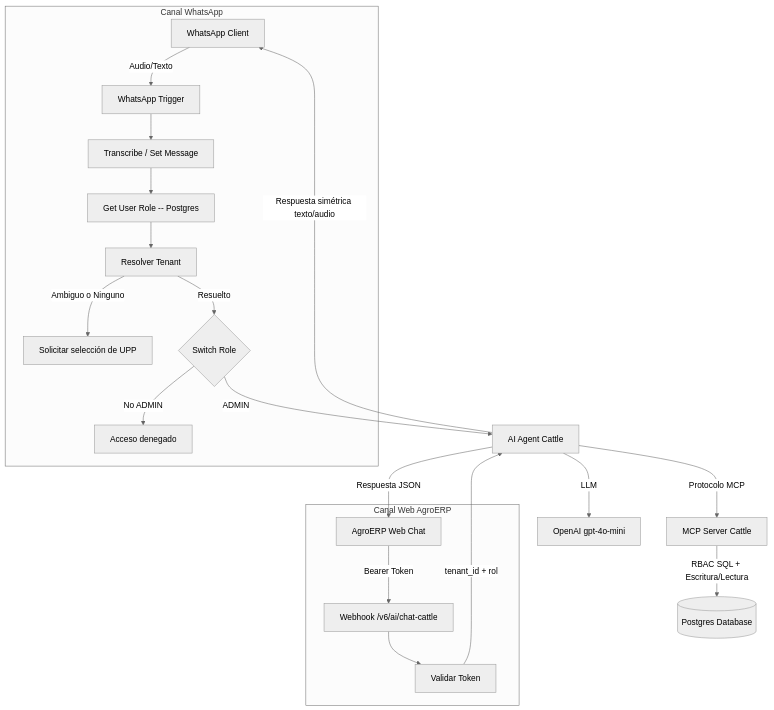
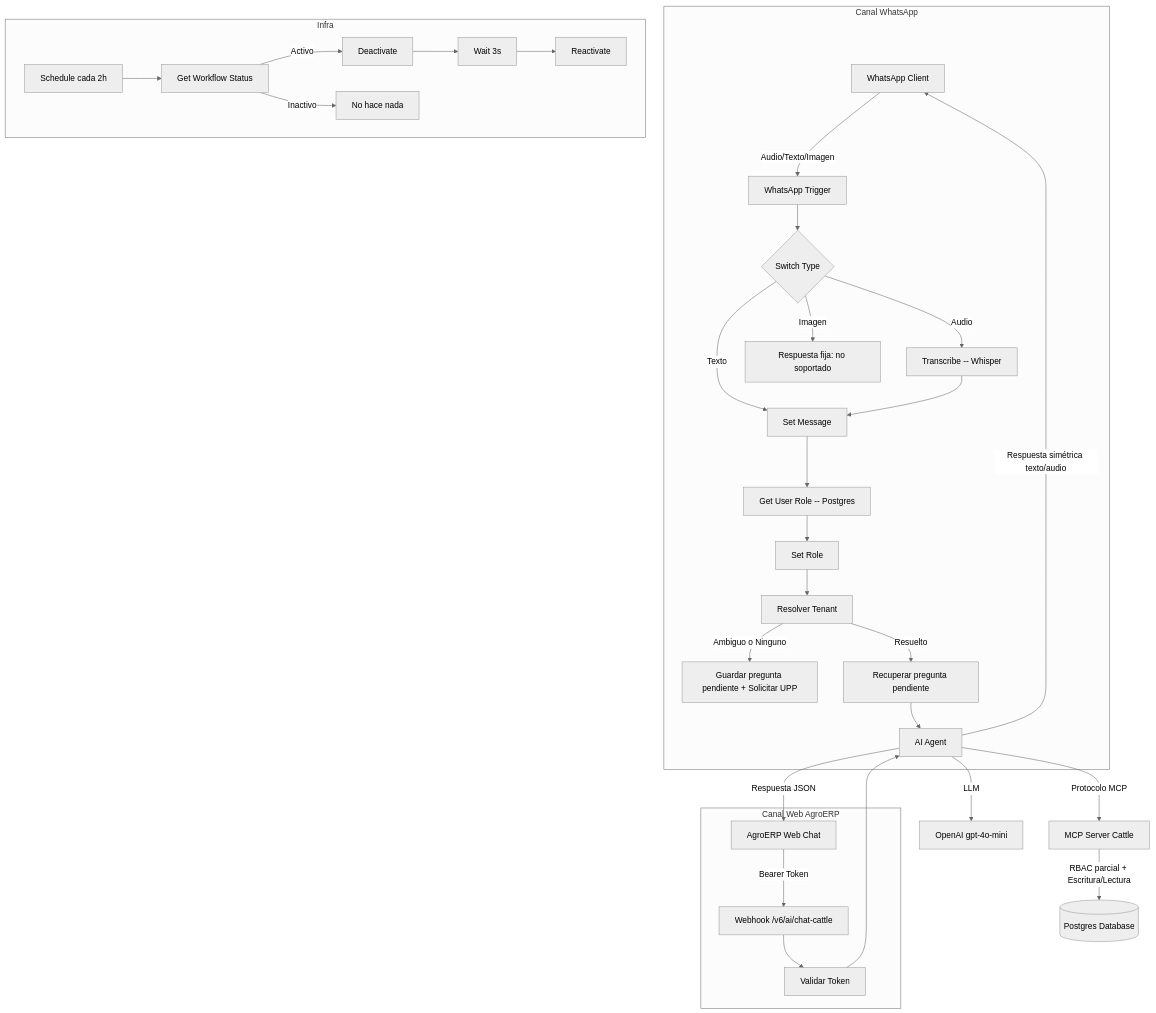
One commit to fjpimienta/n8n-enterprise-automation-suite changed the diagram in workflows/09-MCP-Agent-Cattle/v6/README.md. Above: the diagram before and after it, drawn with Mermaid (neutral theme). The commit also changed other lines of this file and 9 other files, not shown here.

````diff
--- a/workflows/09-MCP-Agent-Cattle/v6/README.md
+++ b/workflows/09-MCP-Agent-Cattle/v6/README.md
@@ -11,23 +12,32 @@
 ```mermaid
 graph TD
     subgraph Canal WhatsApp
-        A1[WhatsApp Client] -->|Audio/Texto| B1[WhatsApp Trigger]
-        B1 --> C1[Transcribe / Set Message]
+        A1[WhatsApp Client] -->|Audio/Texto/Imagen| B1[WhatsApp Trigger]
+        B1 --> SW{Switch Type}
+        SW -->|Audio| TR[Transcribe -- Whisper]
+        SW -->|Texto| C1[Set Message]
+        SW -->|Imagen| IMG[Respuesta fija: no soportado]
+        TR --> C1
         C1 --> D1[Get User Role -- Postgres]
-        D1 --> E1[Resolver Tenant]
-        E1 -->|Ambiguo o Ninguno| F1[Solicitar selección de UPP]
-        E1 -->|Resuelto| G1{Switch Role}
-        G1 -->|No ADMIN| H1[Acceso denegado]
+        D1 --> SR[Set Role]
+        SR --> E1[Resolver Tenant]
+        E1 -->|Ambiguo o Ninguno| F1[Guardar pregunta pendiente + Solicitar UPP]
+        E1 -->|Resuelto| RQ[Recuperar pregunta pendiente]
+        RQ --> M[AI Agent]
     end
     subgraph Canal Web AgroERP
         A2[AgroERP Web Chat] -->|Bearer Token| B2[Webhook /v6/ai/chat-cattle]
         B2 --> C2[Validar Token]
+        C2 --> M
     end
-    G1 -->|ADMIN| M[AI Agent Cattle]
-    C2 -->|tenant_id + rol| M
+    subgraph Infra
+        WD[Schedule cada 2h] --> WS[Get Workflow Status]
+        WS -->|Activo| DE[Deactivate] --> WT[Wait 3s] --> RE[Reactivate]
+        WS -->|Inactivo| NOOP[No hace nada]
+    end
     M -->|Protocolo MCP| N[MCP Server Cattle]
-    N -->|RBAC SQL + Escritura/Lectura| O[(Postgres Database)]
+    N -->|RBAC parcial + Escritura/Lectura| O[(Postgres Database)]
     M -->|LLM| P[OpenAI gpt-4o-mini]
     M -->|Respuesta simétrica texto/audio| A1
     M -->|Respuesta JSON| A2
 ```
````
